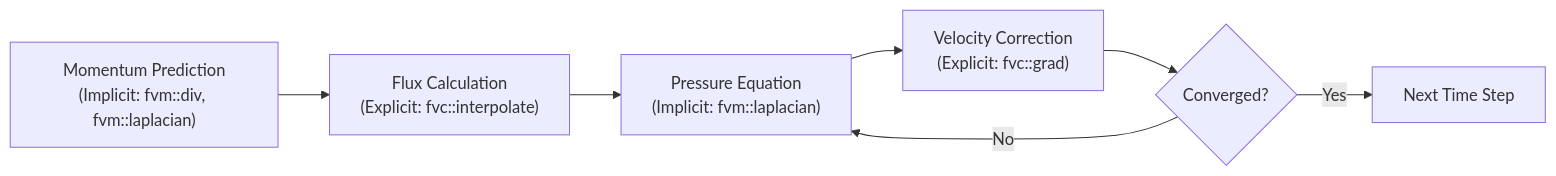
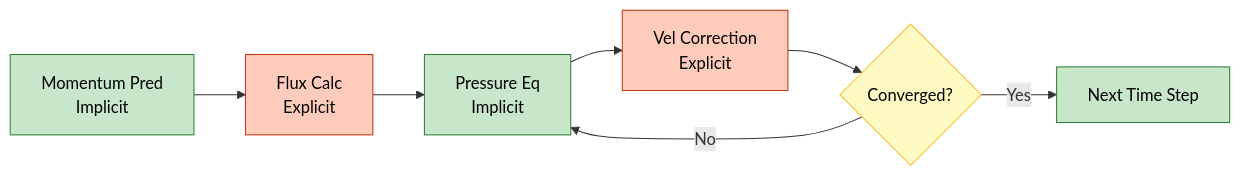
Before and after one commit to wramet/build-my-cfd: the second of 2 diagrams in MODULE_05_OPENFOAM_PROGRAMMING/CONTENT/10_VECTOR_CALCULUS/02_fvc_vs_fvm.md, drawn with Mermaid. The commit also changed other lines of this file and 313 other files, not shown here.

Commit message:
Revise all diagram

````diff
--- a/MODULE_05_OPENFOAM_PROGRAMMING/CONTENT/10_VECTOR_CALCULUS/02_fvc_vs_fvm.md
+++ b/MODULE_05_OPENFOAM_PROGRAMMING/CONTENT/10_VECTOR_CALCULUS/02_fvc_vs_fvm.md
@@ -358,9 +359,14 @@
 ```mermaid
 flowchart LR
-    A["Momentum Prediction<br/>(Implicit: fvm::div, fvm::laplacian)"] --> B["Flux Calculation<br/>(Explicit: fvc::interpolate)"]
-    B --> C["Pressure Equation<br/>(Implicit: fvm::laplacian)"]
-    C --> D["Velocity Correction<br/>(Explicit: fvc::grad)"]
-    D --> E{Converged?}
-    E -->|No| C
-    E -->|Yes| F["Next Time Step"]
+    classDef implicit fill:#c8e6c9,stroke:#2e7d32,color:#000
+    classDef explicit fill:#ffccbc,stroke:#bf360c,color:#000
+    classDef check fill:#fff9c4,stroke:#fbc02d,color:#000
+    
+    Mom[Momentum Pred<br/>Implicit]:::implicit --> Flux[Flux Calc<br/>Explicit]:::explicit
+    Flux --> P[Pressure Eq<br/>Implicit]:::implicit
+    P --> Corr[Vel Correction<br/>Explicit]:::explicit
+    
+    Corr --> Conv{Converged?}:::check
+    Conv -- No --> P
+    Conv -- Yes --> Next[Next Time Step]:::implicit
 ```
````
